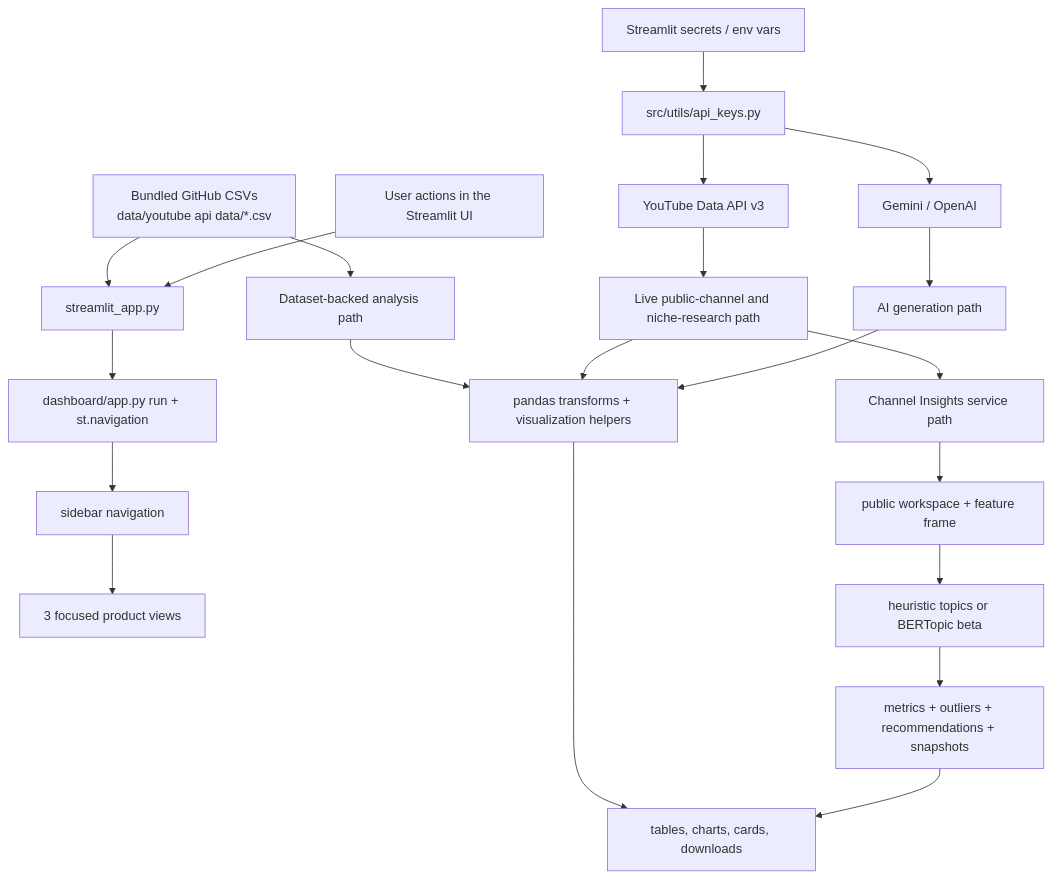
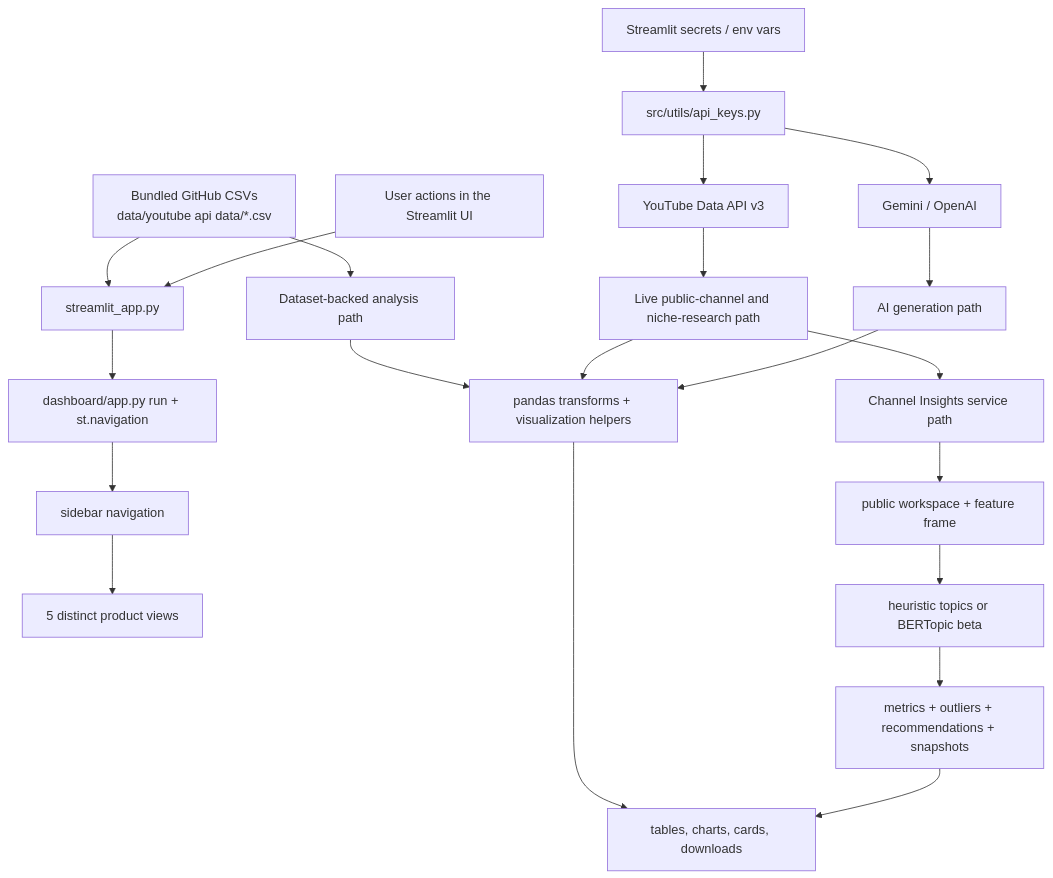
The third of 6 diagrams in README.md (AsherJ07/purdue-youtube-ip-new), drawn with Mermaid before and after one commit. The commit also changed other lines of this file and 7 other files, not shown here.

````diff
--- a/README.md
+++ b/README.md
@@ -203,28 +213,28 @@
 ```mermaid
 flowchart TD
     A["Bundled GitHub CSVs<br/>data/youtube api data/*.csv"] --> B["streamlit_app.py"]
     U["User actions in the Streamlit UI"] --> B
     B --> C["dashboard/app.py run + st.navigation"]
     C --> D["sidebar navigation"]
-    D --> E["3 focused product views"]
+    D --> E["5 distinct product views"]
 
     S["Streamlit secrets / env vars"] --> F["src/utils/api_keys.py"]
     F --> G["YouTube Data API v3"]
     F --> H["Gemini / OpenAI"]
 
     A --> I["Dataset-backed analysis path"]
     G --> J["Live public-channel and niche-research path"]
     H --> K["AI generation path"]
 
     I --> L["pandas transforms + visualization helpers"]
     J --> L
     K --> L
 
     J --> M["Channel Insights service path"]
     M --> M1["public workspace + feature frame"]
     M1 --> M2["heuristic topics or BERTopic beta"]
     M2 --> M3["metrics + outliers + recommendations + snapshots"]
 
     L --> N["tables, charts, cards, downloads"]
     M3 --> N
 ```
````
